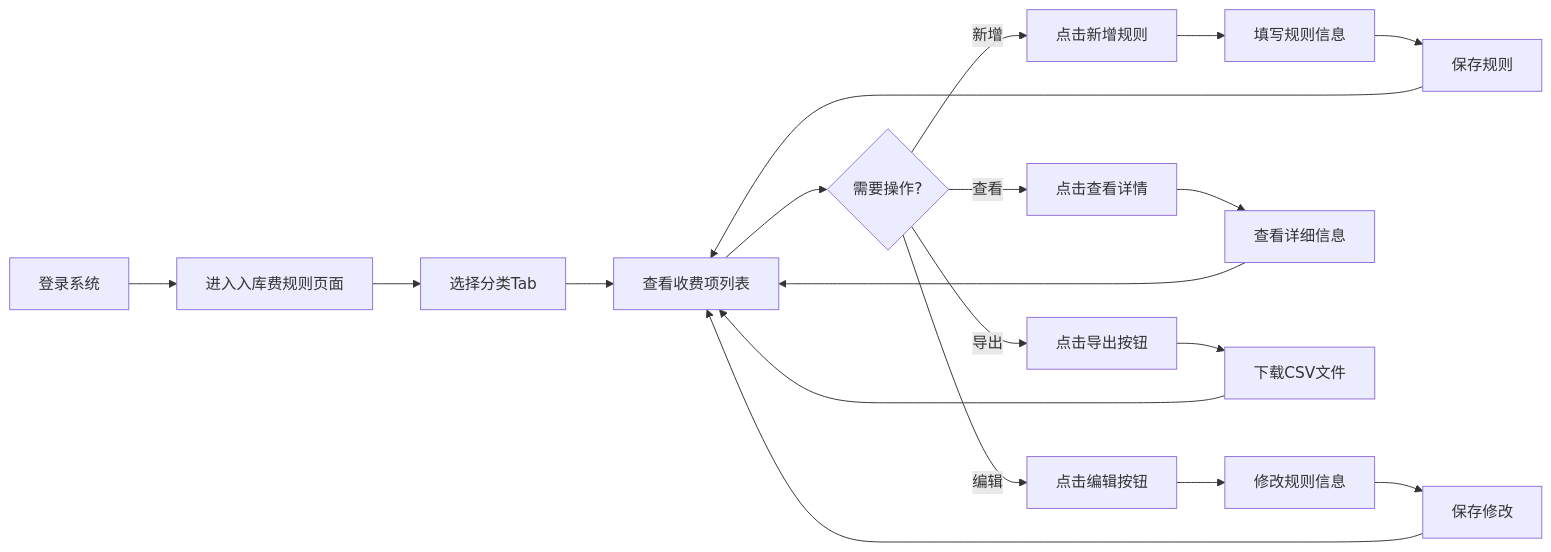
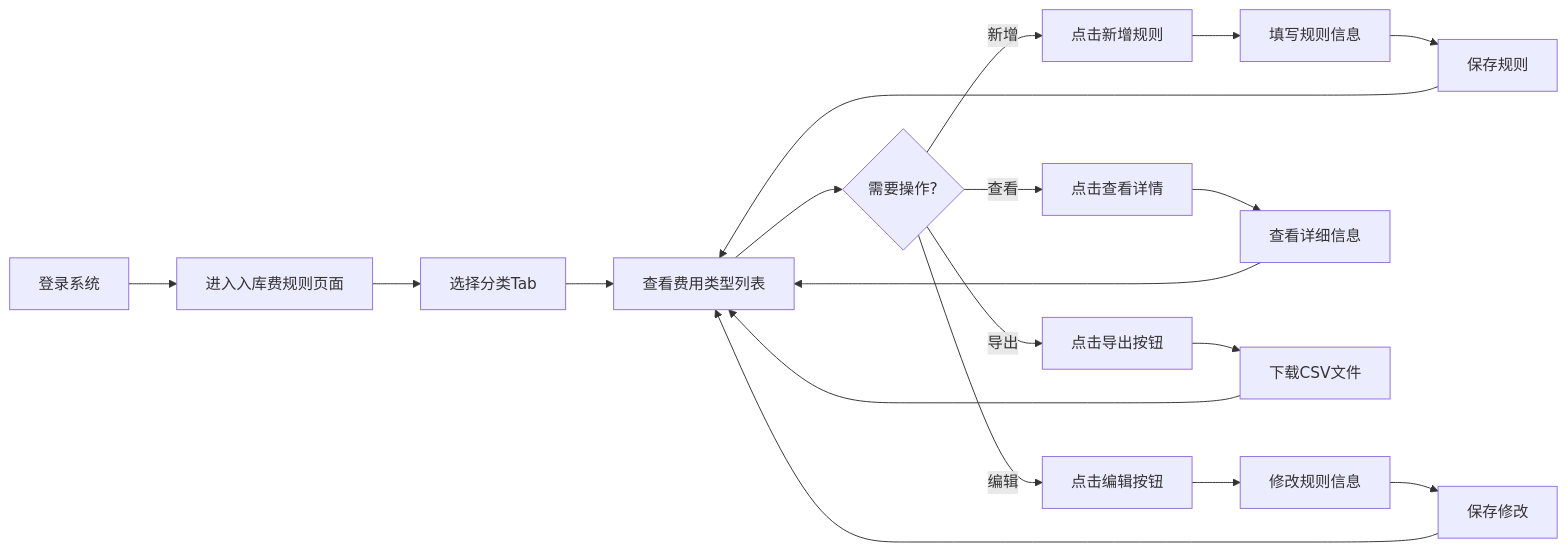
One commit to 1191232345/Axure_ELSA changed the first of 3 diagrams in 费用管理/入库费规则/prd.md. Above: the diagram before and after it, drawn with Mermaid. The commit also changed other lines of this file and 39 other files, not shown here.

````diff
--- a/费用管理/入库费规则/prd.md
+++ b/费用管理/入库费规则/prd.md
@@ -55,21 +55,21 @@
 ```mermaid
 graph LR
     A["登录系统"] --> B["进入入库费规则页面"]
     B --> C["选择分类Tab"]
-    C --> D["查看收费项列表"]
+    C --> D["查看费用类型列表"]
     D --> E{"需要操作?"}
     E -->|"新增"| F["点击新增规则"]
     E -->|"编辑"| G["点击编辑按钮"]
     E -->|"查看"| H["点击查看详情"]
     E -->|"导出"| I["点击导出按钮"]
     F --> J["填写规则信息"]
     J --> K["保存规则"]
     G --> L["修改规则信息"]
     L --> M["保存修改"]
     H --> N["查看详细信息"]
     I --> O["下载CSV文件"]
     K --> D
     M --> D
     N --> D
     O --> D
 ```
````
